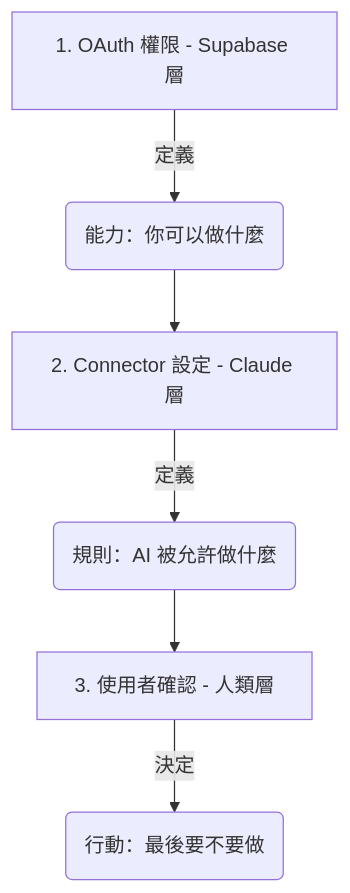
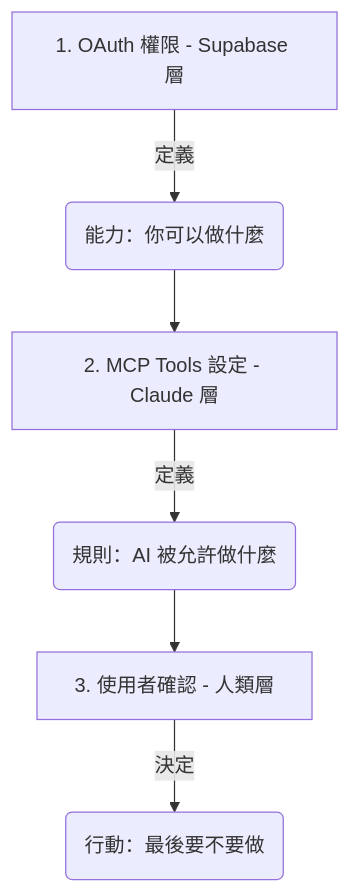
The diagram in Claude_ai/Connectors/OAuth.md (roberthsu2003/workflow-productivity), drawn with Mermaid before and after one commit. The commit also changed other lines of this file, not shown here.

````diff
--- a/Claude_ai/Connectors/OAuth.md
+++ b/Claude_ai/Connectors/OAuth.md
@@ -80,8 +70,8 @@
 ```mermaid
 graph TD
     A[1. OAuth 權限 - Supabase 層] -->|定義| B(能力：你可以做什麼)
-    B --> C[2. Connector 設定 - Claude 層]
+    B --> C[2. MCP Tools 設定 - Claude 層]
     C -->|定義| D(規則：AI 被允許做什麼)
     D --> E[3. 使用者確認 - 人類層]
     E -->|決定| F(行動：最後要不要做)
 ```
````
